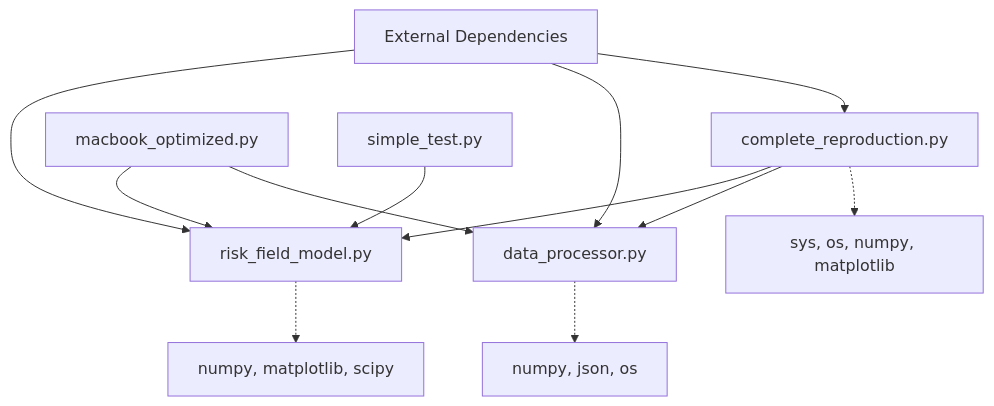
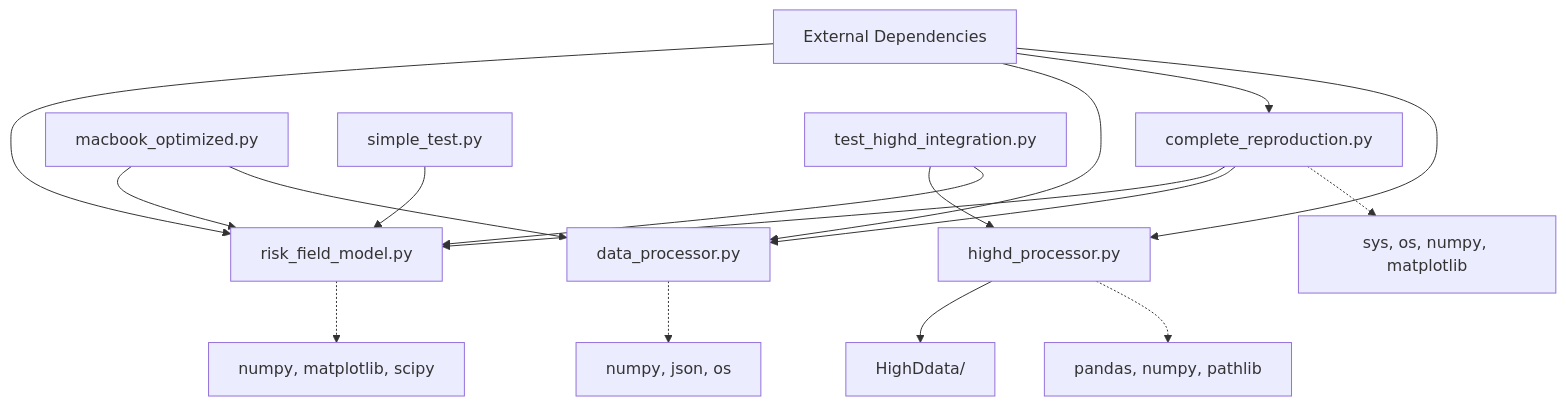
The first of 2 diagrams in README.md (GeoffreyWang1117/risk-field-model-python), drawn with Mermaid before and after one commit. The commit also changed other lines of this file and 8 other files, not shown here.

````diff
--- a/README.md
+++ b/README.md
@@ -71,15 +80,20 @@
 ```mermaid
 graph TD
     A[complete_reproduction.py] --> B[risk_field_model.py]
     A --> C[data_processor.py]
     D[macbook_optimized.py] --> B
     D --> C
     E[simple_test.py] --> B
-    F[External Dependencies] --> B
-    F --> C
-    F --> A
+    F[highd_processor.py] --> G[HighDdata/]
+    H[test_highd_integration.py] --> F
+    H --> B
+    I[External Dependencies] --> B
+    I --> C
+    I --> A
+    I --> F
     
-    B -.-> G[numpy, matplotlib, scipy]
-    C -.-> H[numpy, json, os]
-    A -.-> I[sys, os, numpy, matplotlib]
+    B -.-> J[numpy, matplotlib, scipy]
+    C -.-> K[numpy, json, os]
+    F -.-> L[pandas, numpy, pathlib]
+    A -.-> M[sys, os, numpy, matplotlib]
 ```
````
